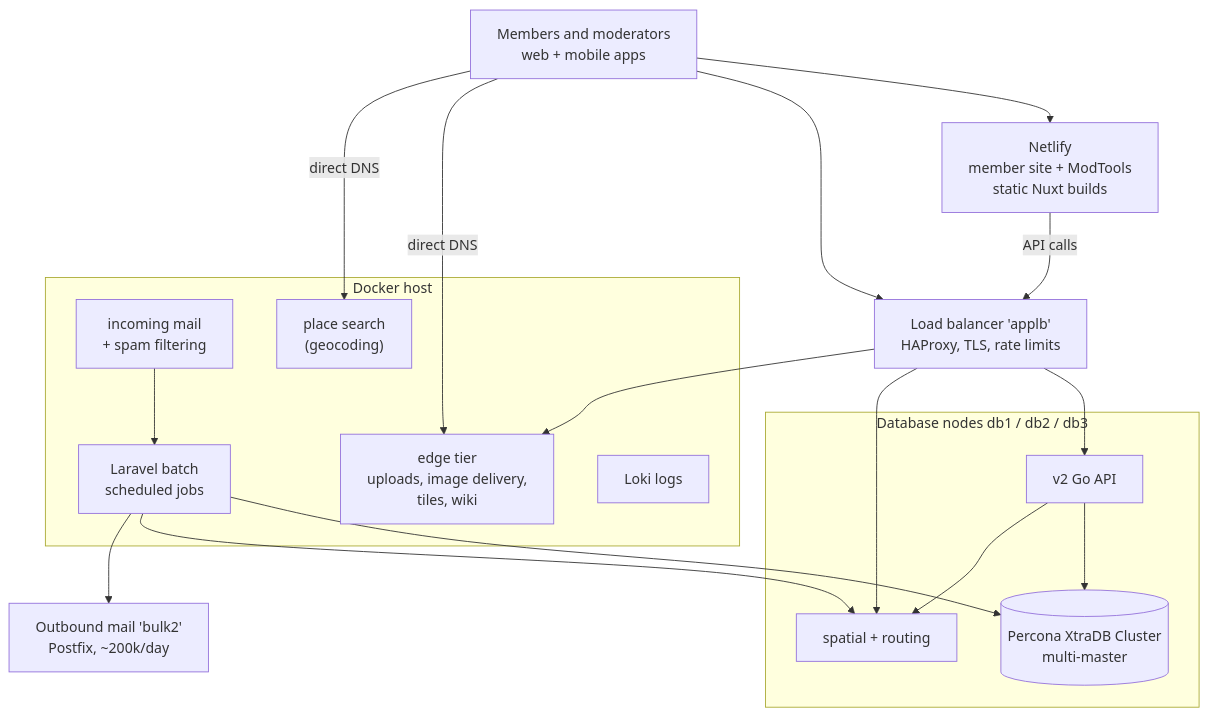
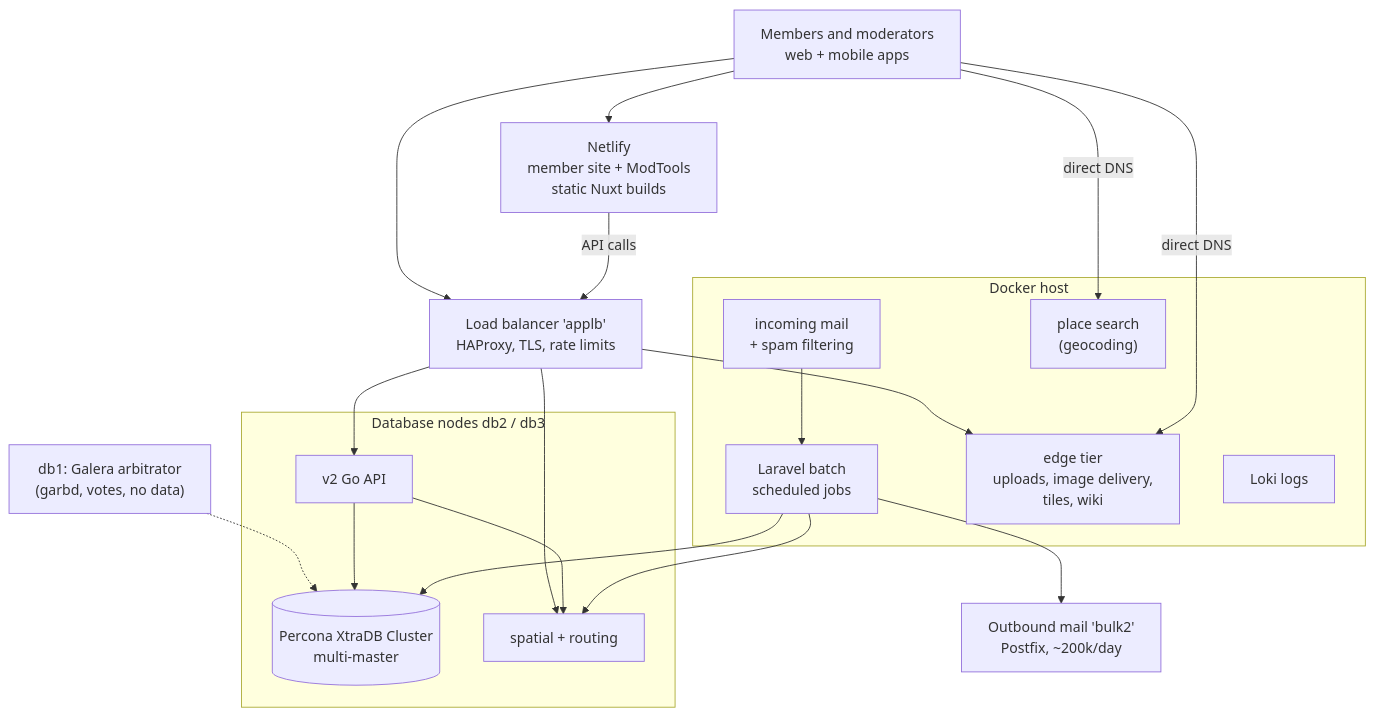
The diagram in docs/ops/production.md (Freegle/Iznik), drawn with Mermaid before and after one commit. The commit also changed other lines of this file and 8 other files, not shown here.

First line of the commit message:
docs(ops): db1 is the Galera arbitrator; the cluster is two data nodes plus garbd

````diff
--- a/docs/ops/production.md
+++ b/docs/ops/production.md
@@ -18,34 +18,36 @@
 ```mermaid
 flowchart TD
     U["Members and moderators<br/>web + mobile apps"]
     NET["Netlify<br/>member site + ModTools<br/>static Nuxt builds"]
     LB["Load balancer 'applb'<br/>HAProxy, TLS, rate limits"]
-    subgraph DBN["Database nodes db1 / db2 / db3"]
+    subgraph DBN["Database nodes db2 / db3"]
         GAL[("Percona XtraDB Cluster<br/>multi-master")]
         API["v2 Go API"]
         SPR["spatial + routing"]
     end
+    ARB["db1: Galera arbitrator<br/>(garbd, votes, no data)"]
+    ARB -.-> GAL
     subgraph DKR["Docker host"]
         BATCH["Laravel batch<br/>scheduled jobs"]
         MAILIN["incoming mail<br/>+ spam filtering"]
         EDGE["edge tier<br/>uploads, image delivery,<br/>tiles, wiki"]
         GEO["place search<br/>(geocoding)"]
         LOKI["Loki logs"]
     end
     BULK["Outbound mail 'bulk2'<br/>Postfix, ~200k/day"]
 
     U --> NET
     U --> LB
     LB --> API
     LB --> SPR
     LB --> EDGE
     U -->|direct DNS| EDGE
     U -->|direct DNS| GEO
     NET -->|API calls| LB
     API --> GAL
     API --> SPR
     BATCH --> GAL
     BATCH --> SPR
     MAILIN --> BATCH
     BATCH --> BULK
 ```
````
